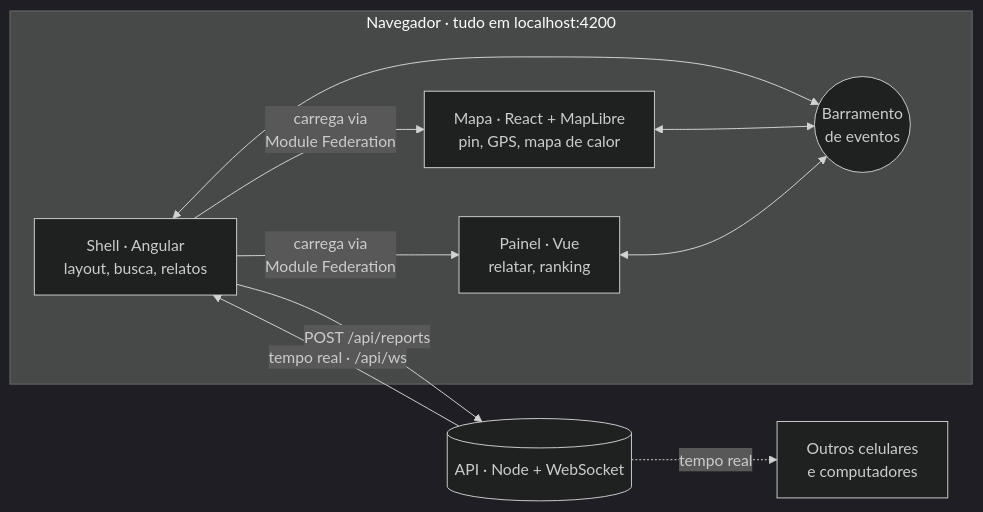
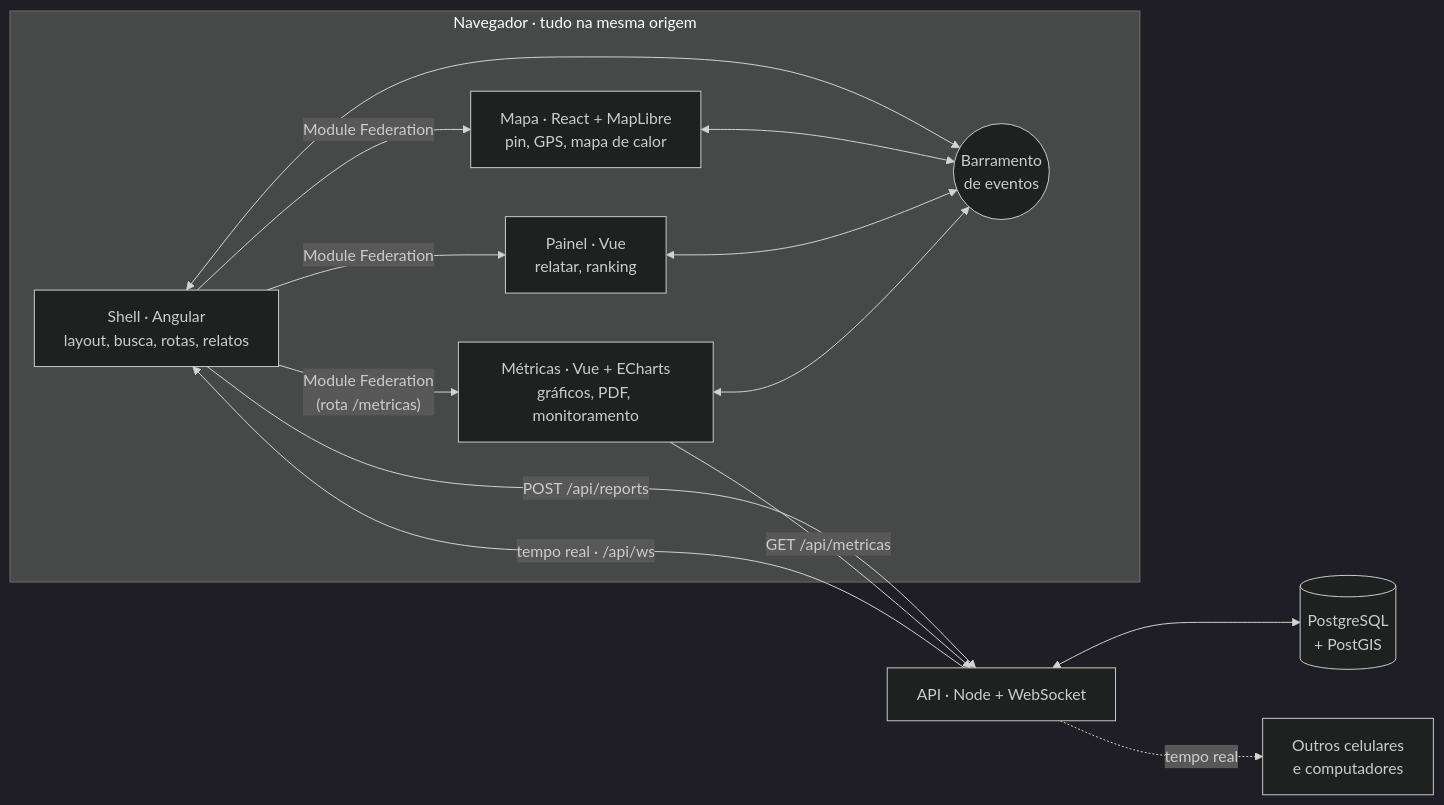
One commit to victorandrad/temagua.app changed the diagram in README.md. Above: the diagram before and after it, drawn with Mermaid (dark theme). The commit also changed other lines of this file and 8 other files, not shown here.

````diff
--- a/README.md
+++ b/README.md
@@ -87,19 +143,25 @@
 ```mermaid
 flowchart LR
-  subgraph browser["Navegador · tudo em localhost:4200"]
-    shell["Shell · Angular<br/>layout, busca, relatos"]
+  subgraph browser["Navegador · tudo na mesma origem"]
+    shell["Shell · Angular<br/>layout, busca, rotas, relatos"]
     mapa["Mapa · React + MapLibre<br/>pin, GPS, mapa de calor"]
     painel["Painel · Vue<br/>relatar, ranking"]
+    metricas["Métricas · Vue + ECharts<br/>gráficos, PDF, monitoramento"]
     bus(("Barramento<br/>de eventos"))
-    shell -- "carrega via<br/>Module Federation" --> mapa
-    shell -- "carrega via<br/>Module Federation" --> painel
+    shell -- "Module Federation" --> mapa
+    shell -- "Module Federation" --> painel
+    shell -- "Module Federation<br/>(rota /metricas)" --> metricas
     shell <--> bus
     mapa <--> bus
     painel <--> bus
+    metricas <--> bus
   end
-  api[("API · Node + WebSocket")]
+  api["API · Node + WebSocket"]
+  db[("PostgreSQL<br/>+ PostGIS")]
   outros["Outros celulares<br/>e computadores"]
   shell -- "POST /api/reports" --> api
+  metricas -- "GET /api/metricas" --> api
+  api <--> db
   api -- "tempo real · /api/ws" --> shell
   api -. "tempo real" .-> outros
 ```
````
